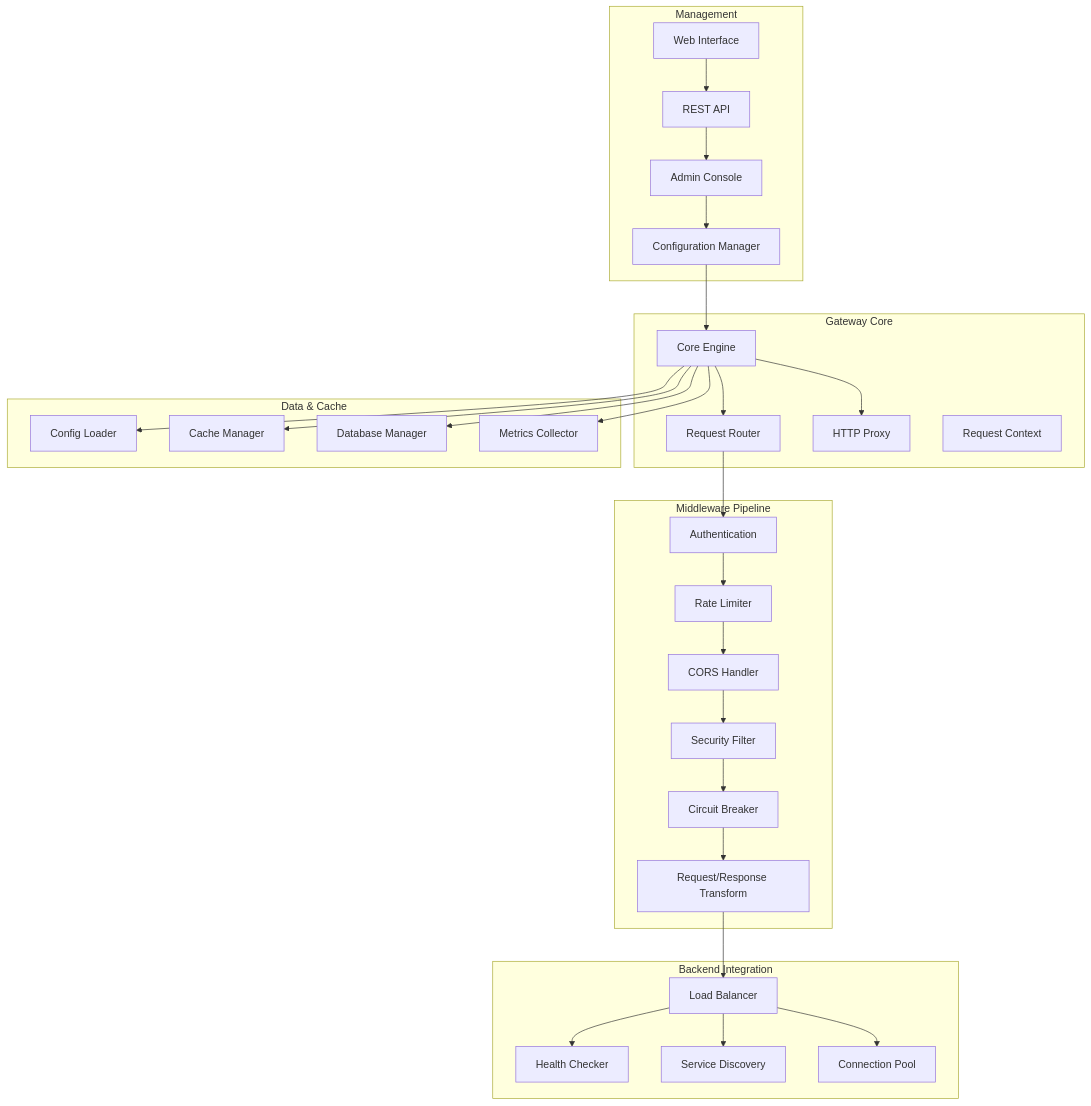
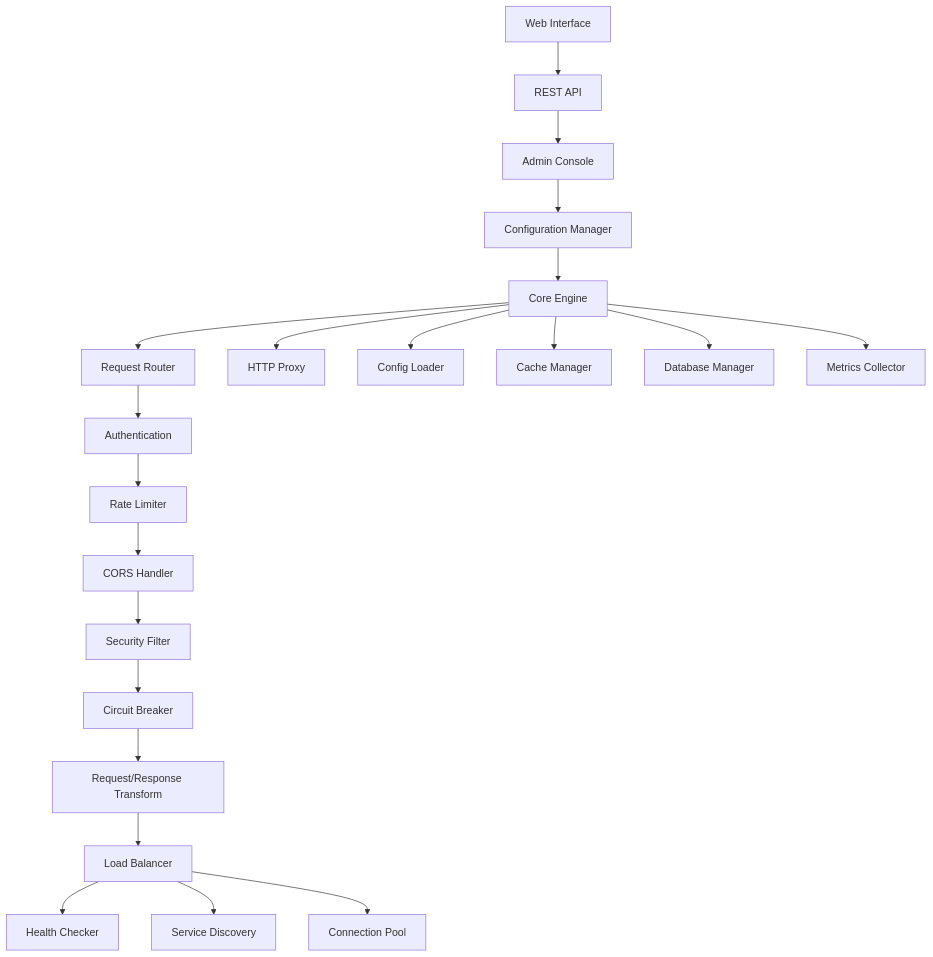
One commit to fluxsce/gateway changed the second of 16 diagrams in docs/guide/architecture.md. Above: the diagram before and after it, drawn with Mermaid. The commit also changed other lines of this file and 1 other file, not shown here.

Commit message:
架构图显示错误修复

````diff
--- a/docs/guide/architecture.md
+++ b/docs/guide/architecture.md
@@ -86,62 +51,27 @@
 ```mermaid
 graph TB
-    subgraph "Gateway Core"
-        Router[Request Router]
-        Proxy[HTTP Proxy]
-        Engine[Core Engine]
-        Context[Request Context]
-    end
+    Router[Request Router] --> Auth[Authentication]
+    Engine[Core Engine] --> Router
+    Engine --> Proxy[HTTP Proxy]
     
-    subgraph "Middleware Pipeline"
-        Auth[Authentication]
-        RateLimit[Rate Limiter]
-        CORS[CORS Handler]
-        Security[Security Filter]
-        CircuitBreaker[Circuit Breaker]
-        Transform[Request/Response Transform]
-    end
+    Auth --> RateLimit[Rate Limiter]
+    RateLimit --> CORS[CORS Handler]
+    CORS --> Security[Security Filter]
+    Security --> CircuitBreaker[Circuit Breaker]
+    CircuitBreaker --> Transform[Request/Response Transform]
     
-    subgraph "Backend Integration"
-        LoadBalancer[Load Balancer]
-        HealthCheck[Health Checker]
-        ServiceDiscovery[Service Discovery]
-        ConnectionPool[Connection Pool]
-    end
+    Transform --> LoadBalancer[Load Balancer]
+    LoadBalancer --> HealthCheck[Health Checker]
+    LoadBalancer --> ServiceDiscovery[Service Discovery]
+    LoadBalancer --> ConnectionPool[Connection Pool]
     
-    subgraph "Data & Cache"
-        ConfigLoader[Config Loader]
-        CacheManager[Cache Manager]
-        DatabaseManager[Database Manager]
-        MetricsCollector[Metrics Collector]
-    end
+    Engine --> ConfigLoader[Config Loader]
+    Engine --> CacheManager[Cache Manager]
+    Engine --> DatabaseManager[Database Manager]
+    Engine --> MetricsCollector[Metrics Collector]
     
-    subgraph "Management"
-        WebUI[Web Interface]
-        RestAPI[REST API]
-        AdminConsole[Admin Console]
-        ConfigManager[Configuration Manager]
-    end
-    
-    Engine --> Router
-    Engine --> Proxy
-    Router --> Auth
-    Auth --> RateLimit
-    RateLimit --> CORS
-    CORS --> Security
-    Security --> CircuitBreaker
-    CircuitBreaker --> Transform
-    Transform --> LoadBalancer
-    LoadBalancer --> HealthCheck
-    LoadBalancer --> ServiceDiscovery
-    LoadBalancer --> ConnectionPool
-    
-    Engine --> ConfigLoader
-    Engine --> CacheManager
-    Engine --> DatabaseManager
-    Engine --> MetricsCollector
-    
-    WebUI --> RestAPI
-    RestAPI --> AdminConsole
-    AdminConsole --> ConfigManager
+    WebUI[Web Interface] --> RestAPI[REST API]
+    RestAPI --> AdminConsole[Admin Console]
+    AdminConsole --> ConfigManager[Configuration Manager]
     ConfigManager --> Engine
 ```
````
